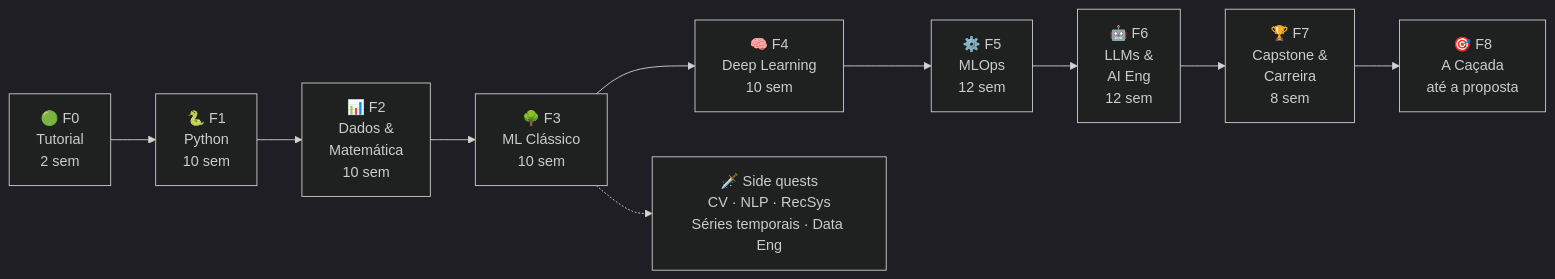
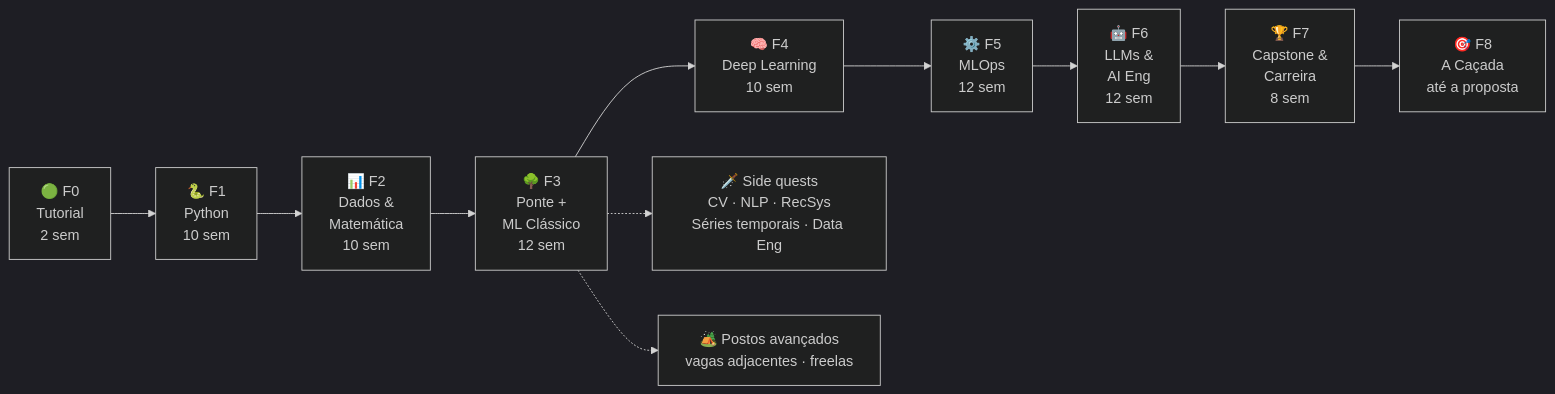
One commit to Thales-thecreator/Estudos changed the diagram in ROADMAP.md. Above: the diagram before and after it, drawn with Mermaid (dark theme). The commit also changed other lines of this file and 17 other files, not shown here.

````diff
--- a/ROADMAP.md
+++ b/ROADMAP.md
@@ -38,12 +38,13 @@
 ```mermaid
 flowchart LR
     F0["🟢 F0<br/>Tutorial<br/>2 sem"] --> F1["🐍 F1<br/>Python<br/>10 sem"]
     F1 --> F2["📊 F2<br/>Dados &<br/>Matemática<br/>10 sem"]
-    F2 --> F3["🌳 F3<br/>ML Clássico<br/>10 sem"]
+    F2 --> F3["🌳 F3<br/>Ponte +<br/>ML Clássico<br/>12 sem"]
     F3 --> F4["🧠 F4<br/>Deep Learning<br/>10 sem"]
     F4 --> F5["⚙️ F5<br/>MLOps<br/>12 sem"]
     F5 --> F6["🤖 F6<br/>LLMs &<br/>AI Eng<br/>12 sem"]
     F6 --> F7["🏆 F7<br/>Capstone &<br/>Carreira<br/>8 sem"]
     F7 --> F8["🎯 F8<br/>A Caçada<br/>até a proposta"]
     F3 -.-> SQ["🗡️ Side quests<br/>CV · NLP · RecSys<br/>Séries temporais · Data Eng"]
+    F3 -.-> PA["🏕️ Postos avançados<br/>vagas adjacentes · freelas"]
 ```
````
